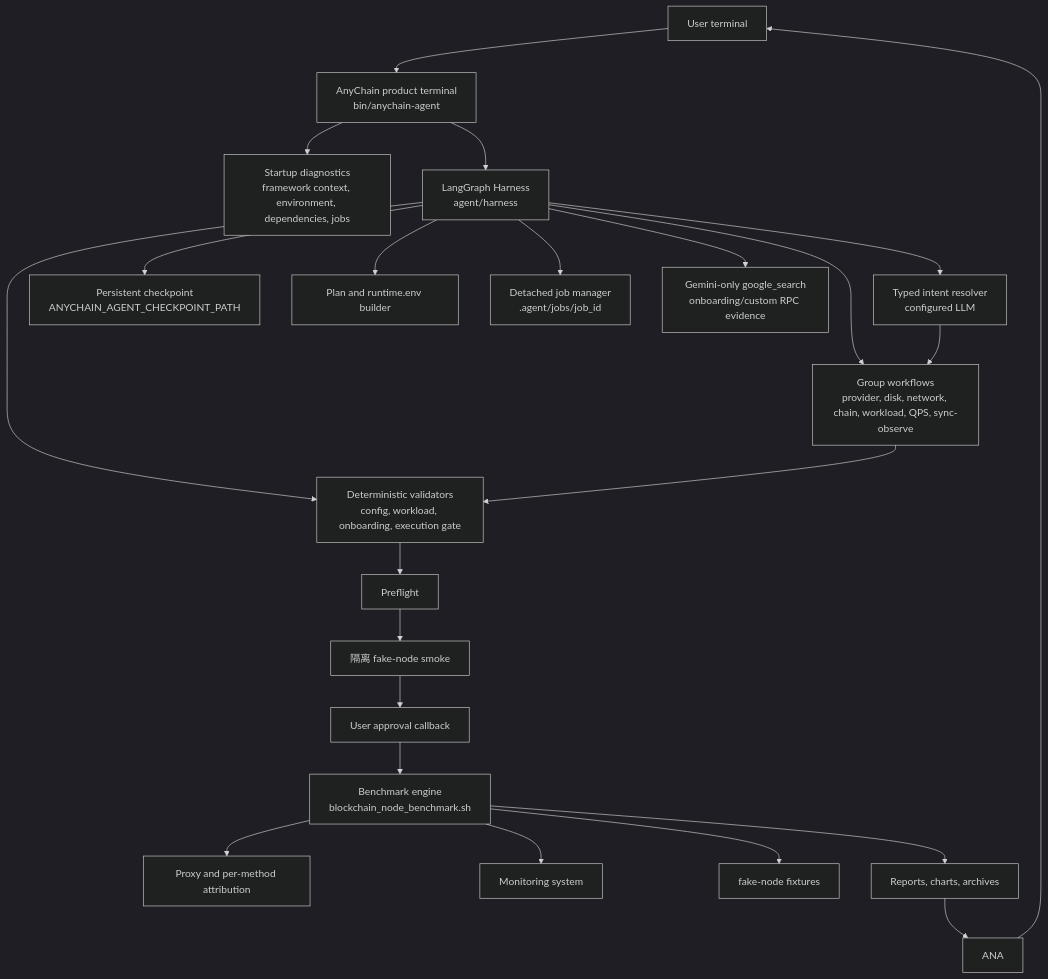
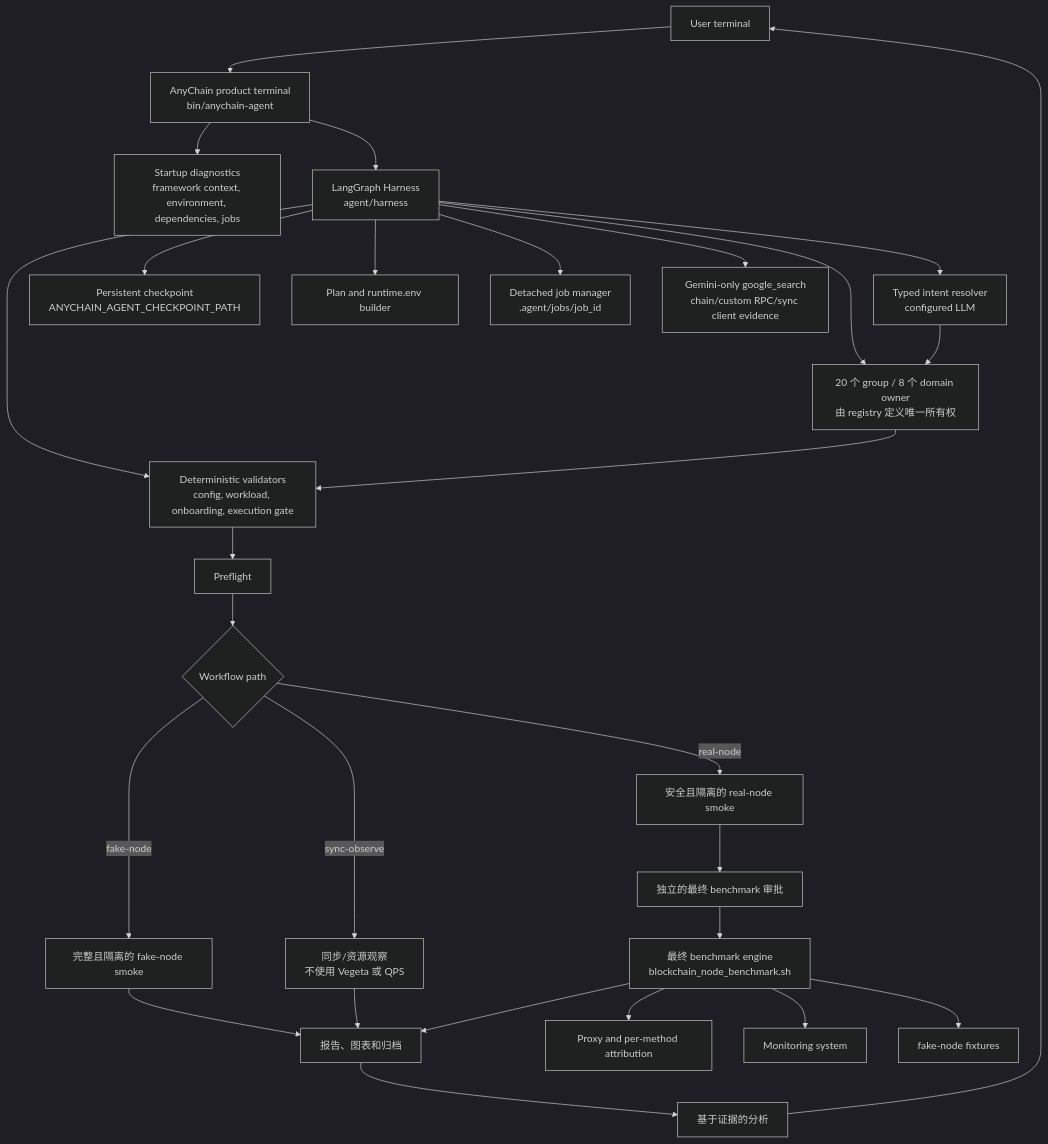
Before and after one commit to StayHungryStayFoolish/AnyChainBenchmarkAgent: the first of 3 diagrams in docs/zh/adk-agent-architecture.md, drawn with Mermaid (dark theme). The commit also changed other lines of this file and 172 other files, not shown here.

````diff
--- a/docs/zh/adk-agent-architecture.md
+++ b/docs/zh/adk-agent-architecture.md
@@ -14,28 +31,33 @@
 ```mermaid
 flowchart TD
   U["User terminal"] --> T["AnyChain product terminal<br/>bin/anychain-agent"]
   T --> D["Startup diagnostics<br/>framework context, environment, dependencies, jobs"]
   T --> H["LangGraph Harness<br/>agent/harness"]
 
   H --> I["Typed intent resolver<br/>configured LLM"]
-  H --> G["Group workflows<br/>provider, disk, network, chain, workload, QPS, sync-observe"]
+  H --> G["20 个 group / 8 个 domain owner<br/>由 registry 定义唯一所有权"]
   H --> S["Persistent checkpoint<br/>ANYCHAIN_AGENT_CHECKPOINT_PATH"]
   H --> VAL["Deterministic validators<br/>config, workload, onboarding, execution gate"]
   H --> PLAN["Plan and runtime.env builder"]
   H --> JOB["Detached job manager<br/>.agent/jobs/job_id"]
-  H --> SEARCH["Gemini-only google_search<br/>onboarding/custom RPC evidence"]
+  H --> SEARCH["Gemini-only google_search<br/>chain/custom RPC/sync client evidence"]
 
   I --> G
   G --> VAL
 
   VAL --> PRE["Preflight"]
-  PRE --> SMOKE["隔离 fake-node smoke"]
-  SMOKE --> APPROVE["User approval callback"]
-  APPROVE --> BENCH["Benchmark engine<br/>blockchain_node_benchmark.sh"]
+  PRE --> MODE{"Workflow path"}
+  MODE -->|"fake-node"| FSMOKE["完整且隔离的 fake-node smoke"]
+  MODE -->|"real-node"| RSMOKE["安全且隔离的 real-node smoke"]
+  RSMOKE --> APPROVE["独立的最终 benchmark 审批"]
+  APPROVE --> BENCH["最终 benchmark engine<br/>blockchain_node_benchmark.sh"]
+  MODE -->|"sync-observe"| SYNC["同步/资源观察<br/>不使用 Vegeta 或 QPS"]
+  FSMOKE --> ART["报告、图表和归档"]
+  SYNC --> ART
   BENCH --> PROXY["Proxy and per-method attribution"]
   BENCH --> MON["Monitoring system"]
   BENCH --> FN["fake-node fixtures"]
-  BENCH --> ART["Reports, charts, archives"]
-  ART --> ANA
+  BENCH --> ART
+  ART --> ANA["基于证据的分析"]
   ANA --> U
 ```
````
